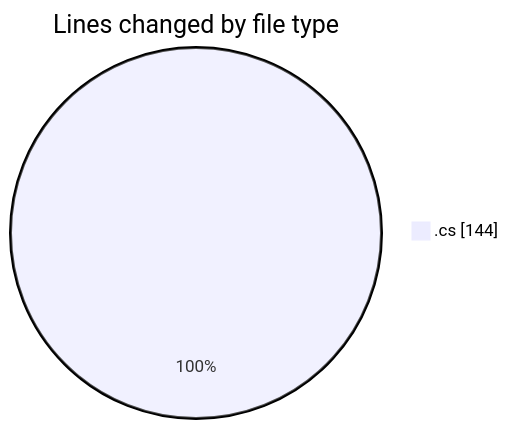
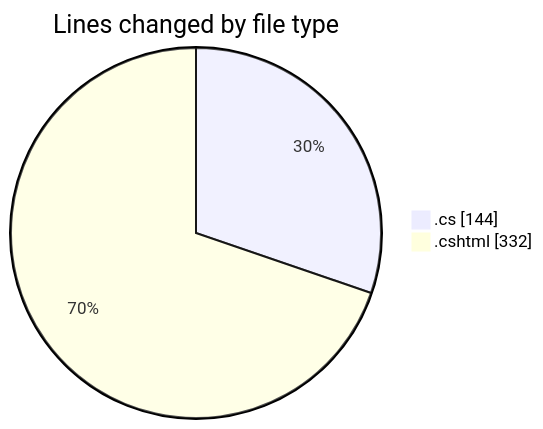
One commit to lephambinh05/code-tracking changed the first of 2 diagrams in 2025-07-24/quanlyrapchieuphim-1/README.md. Above: the diagram before and after it, drawn with Mermaid. The commit also changed other lines of this file and 1 other file, not shown here.

````diff
--- a/2025-07-24/quanlyrapchieuphim-1/README.md
+++ b/2025-07-24/quanlyrapchieuphim-1/README.md
@@ -20,5 +22,6 @@
 ```mermaid
 pie showData
 title Lines changed by file type
 ".cs" : 144
+".cshtml" : 332
 ```
````
